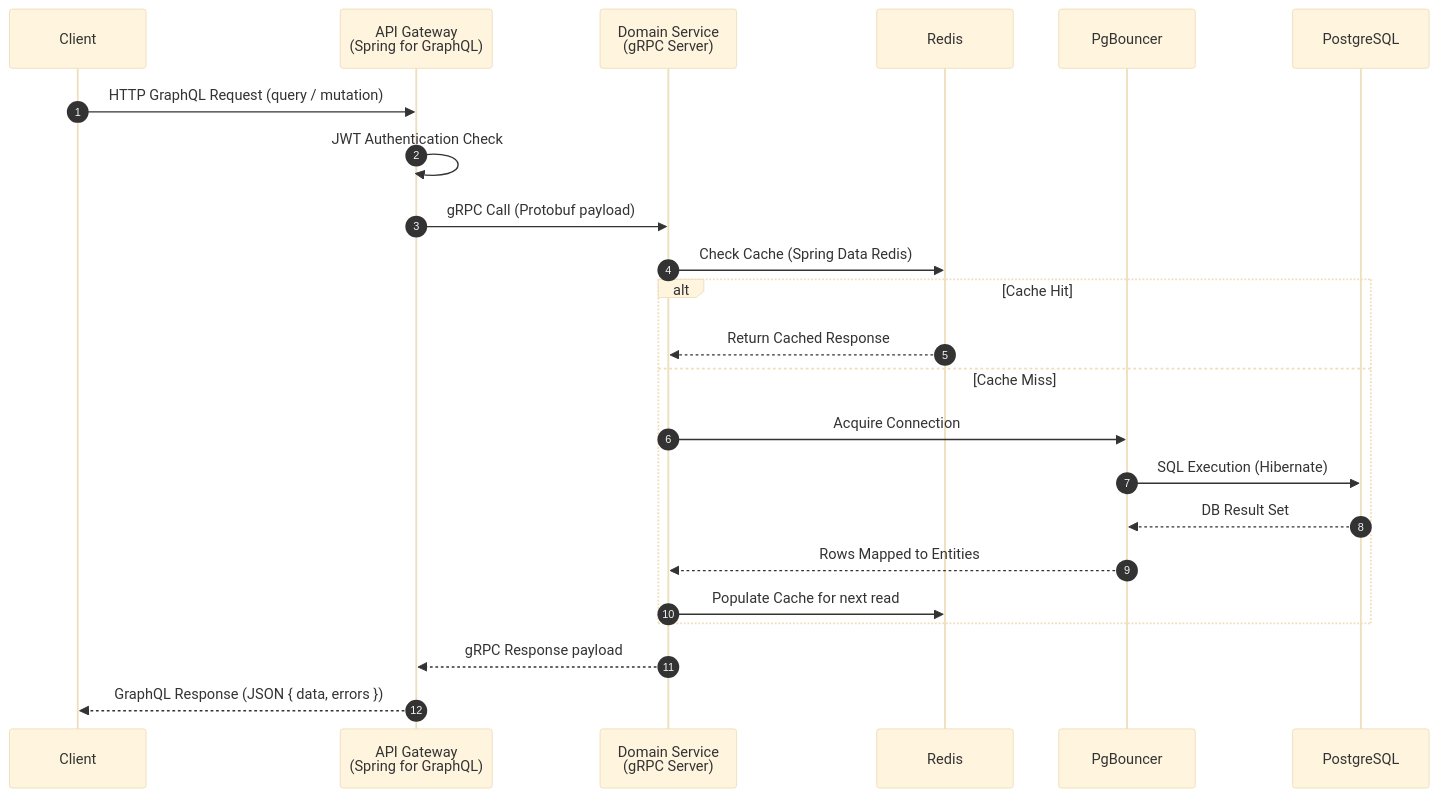
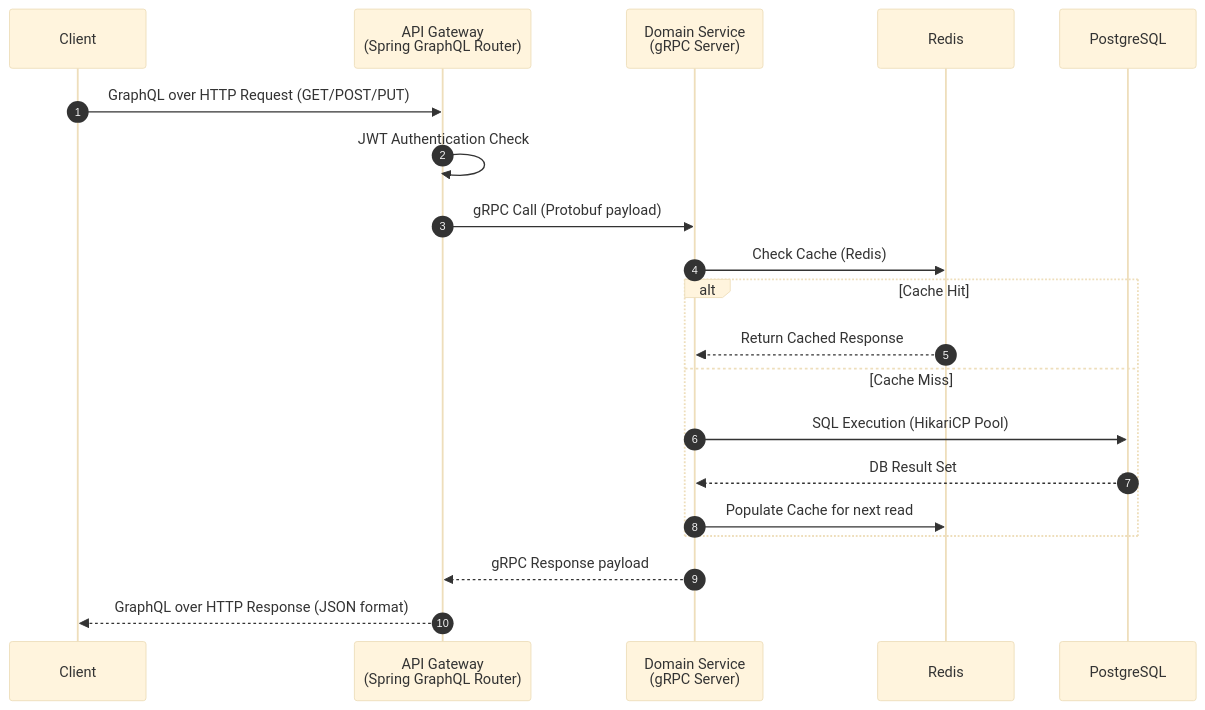
The fourth of 13 diagrams in README.md (MamangRust/microservice-springboot-grpc-paymentgateway-graphql), drawn with Mermaid (base theme) before and after one commit. The commit also changed other lines of this file, not shown here.

Commit message:
Update README with latest microservices architecture

````diff
--- a/README.md
+++ b/README.md
@@ -327,26 +332,23 @@
 ```mermaid
 sequenceDiagram
     autonumber
     participant C as Client
-    participant GW as API Gateway<br/>(Spring for GraphQL)
+    participant GW as API Gateway<br/>(Spring GraphQL Router)
     participant SVC as Domain Service<br/>(gRPC Server)
     participant REDIS as Redis
-    participant PGB as PgBouncer
     participant DB as PostgreSQL
 
-    C->>GW: HTTP GraphQL Request (query / mutation)
+    C->>GW: GraphQL over HTTP Request (GET/POST/PUT)
     GW->>GW: JWT Authentication Check
     GW->>SVC: gRPC Call (Protobuf payload)
-    SVC->>REDIS: Check Cache (Spring Data Redis)
+    SVC->>REDIS: Check Cache (Redis)
     alt Cache Hit
         REDIS-->>SVC: Return Cached Response
     else Cache Miss
-        SVC->>PGB: Acquire Connection
-        PGB->>DB: SQL Execution (Hibernate)
-        DB-->>PGB: DB Result Set
-        PGB-->>SVC: Rows Mapped to Entities
+        SVC->>DB: SQL Execution (HikariCP Pool)
+        DB-->>SVC: DB Result Set
         SVC->>REDIS: Populate Cache for next read
     end
     SVC-->>GW: gRPC Response payload
-    GW-->>C: GraphQL Response (JSON { data, errors })
+    GW-->>C: GraphQL over HTTP Response (JSON format)
 ```
````
